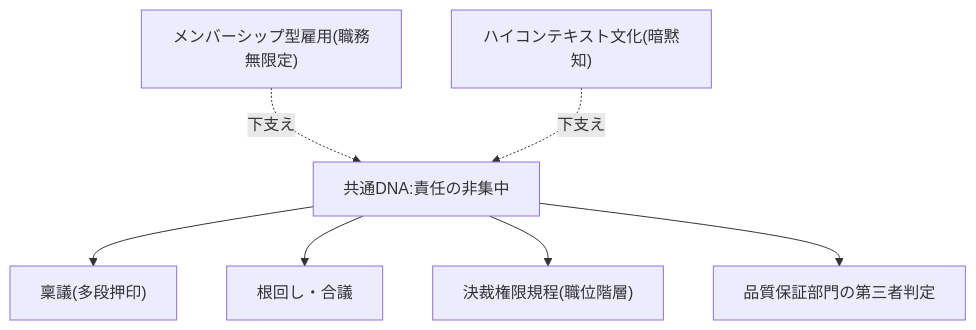
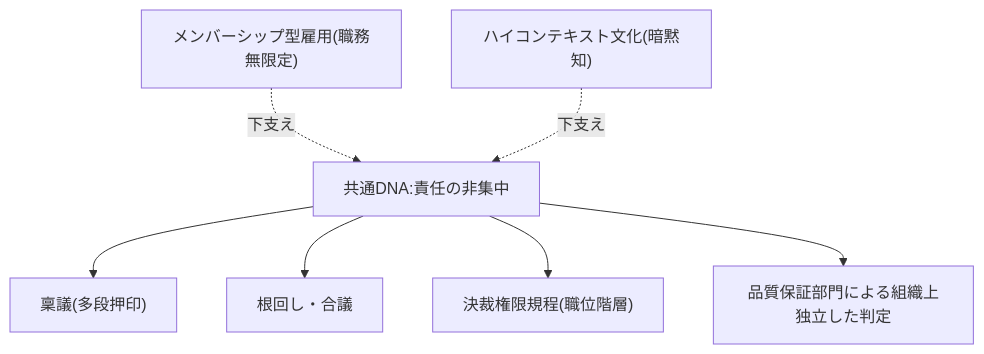
One commit to Takenori-Kusaka/process-compass changed the first of 5 diagrams in src/content/docs/phase1-current-state/jp-governance.md. Above: the diagram before and after it, drawn with Mermaid. The commit also changed 42 other files, not shown here.

````diff
--- a/src/content/docs/phase1-current-state/jp-governance.md
+++ b/src/content/docs/phase1-current-state/jp-governance.md
@@ -14,10 +14,10 @@
 ```mermaid
 graph TD
   DNA["共通DNA:責任の非集中"]
   DNA --> R["稟議(多段押印)"]
   DNA --> N["根回し・合議"]
   DNA --> K["決裁権限規程(職位階層)"]
-  DNA --> Q["品質保証部門の第三者判定"]
+  DNA --> Q["品質保証部門による組織上独立した判定"]
   M["メンバーシップ型雇用(職務無限定)"] -.下支え.-> DNA
   H["ハイコンテキスト文化(暗黙知)"] -.下支え.-> DNA
 ```
````
